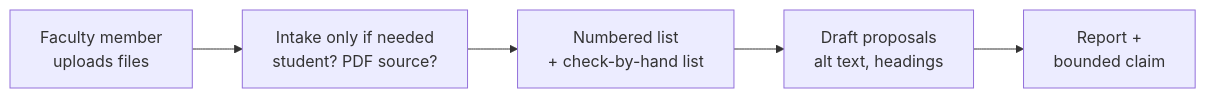
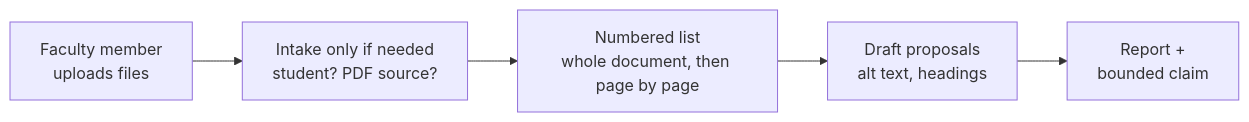
The diagram in bot/BOODLEBOX_BOT.md (adamwpryor/wcag-tool), drawn with Mermaid before and after one commit. The commit also changed other lines of this file and 4 other files, not shown here.

````diff
--- a/bot/BOODLEBOX_BOT.md
+++ b/bot/BOODLEBOX_BOT.md
@@ -60,7 +62,7 @@
 ```mermaid
 flowchart LR
     U[Faculty member<br/>uploads files] --> I[Intake only if needed<br/>student? PDF source?]
-    I --> R[Numbered list<br/>+ check-by-hand list]
+    I --> R[Numbered list<br/>whole document, then page by page]
     R --> D[Draft proposals<br/>alt text, headings]
     D --> P[Report +<br/>bounded claim]
 ```
````
